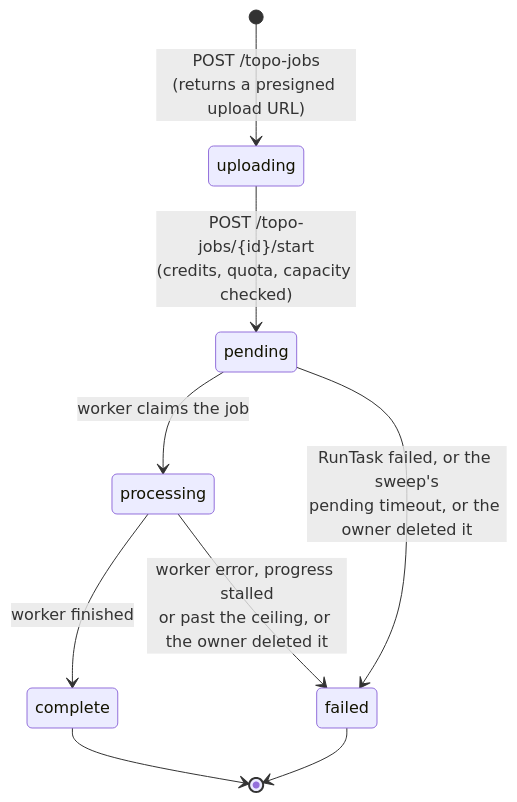
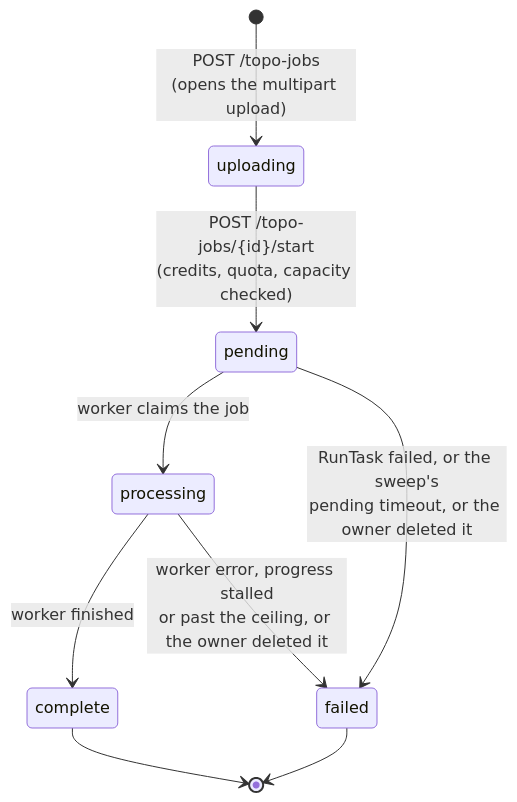
One commit to Zen-TM/logjam changed the fourth of 5 diagrams in docs/architecture.md. Above: the diagram before and after it, drawn with Mermaid. The commit also changed other lines of this file and 4 other files, not shown here.

First line of the commit message:
feat(frontend): resumable multipart upload of the LiDAR ZIP

````diff
--- a/docs/architecture.md
+++ b/docs/architecture.md
@@ -258,11 +261,11 @@
 ```mermaid
 stateDiagram-v2
-  [*] --> uploading: POST /topo-jobs<br/>(returns a presigned upload URL)
+  [*] --> uploading: POST /topo-jobs<br/>(opens the multipart upload)
   uploading --> pending: POST /topo-jobs/{id}/start<br/>(credits, quota, capacity checked)
   pending --> processing: worker claims the job
   pending --> failed: RunTask failed, or the sweep's<br/>pending timeout, or the owner deleted it
   processing --> complete: worker finished
   processing --> failed: worker error, progress stalled<br/>or past the ceiling, or the owner deleted it
   complete --> [*]
   failed --> [*]
 ```
````
